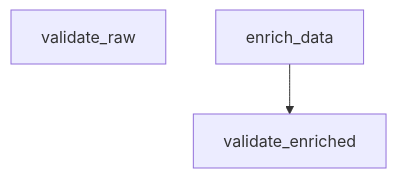
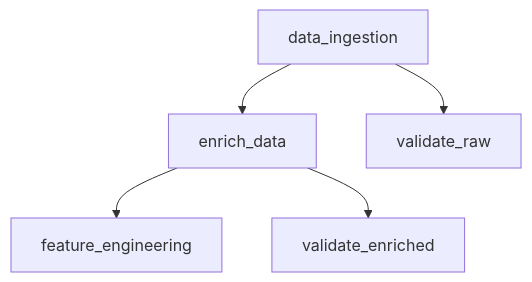
The diagram in .dvc/tmp/dag.md (SebastianGarrido2790/ai-ml-telecom-customer-churn), drawn with Mermaid before and after one commit. The commit also changed 28 other files, not shown here.

Commit message:
Phase 4: Complete Feature Engineering stage. Implement NLP transformers (TextEmbedder), PCA reduction, and ColumnTransformer. Add comprehensive documentation and unit tests for transformation logic.

````diff
--- a/.dvc/tmp/dag.md
+++ b/.dvc/tmp/dag.md
@@ -1,7 +1,12 @@
 ```mermaid
 flowchart TD
-	node1["validate_raw"]
+	node1["data_ingestion"]
 	node2["enrich_data"]
-	node3["validate_enriched"]
+	node3["feature_engineering"]
+	node4["validate_enriched"]
+	node5["validate_raw"]
+	node1-->node2
+	node1-->node5
 	node2-->node3
+	node2-->node4
 ```
````
